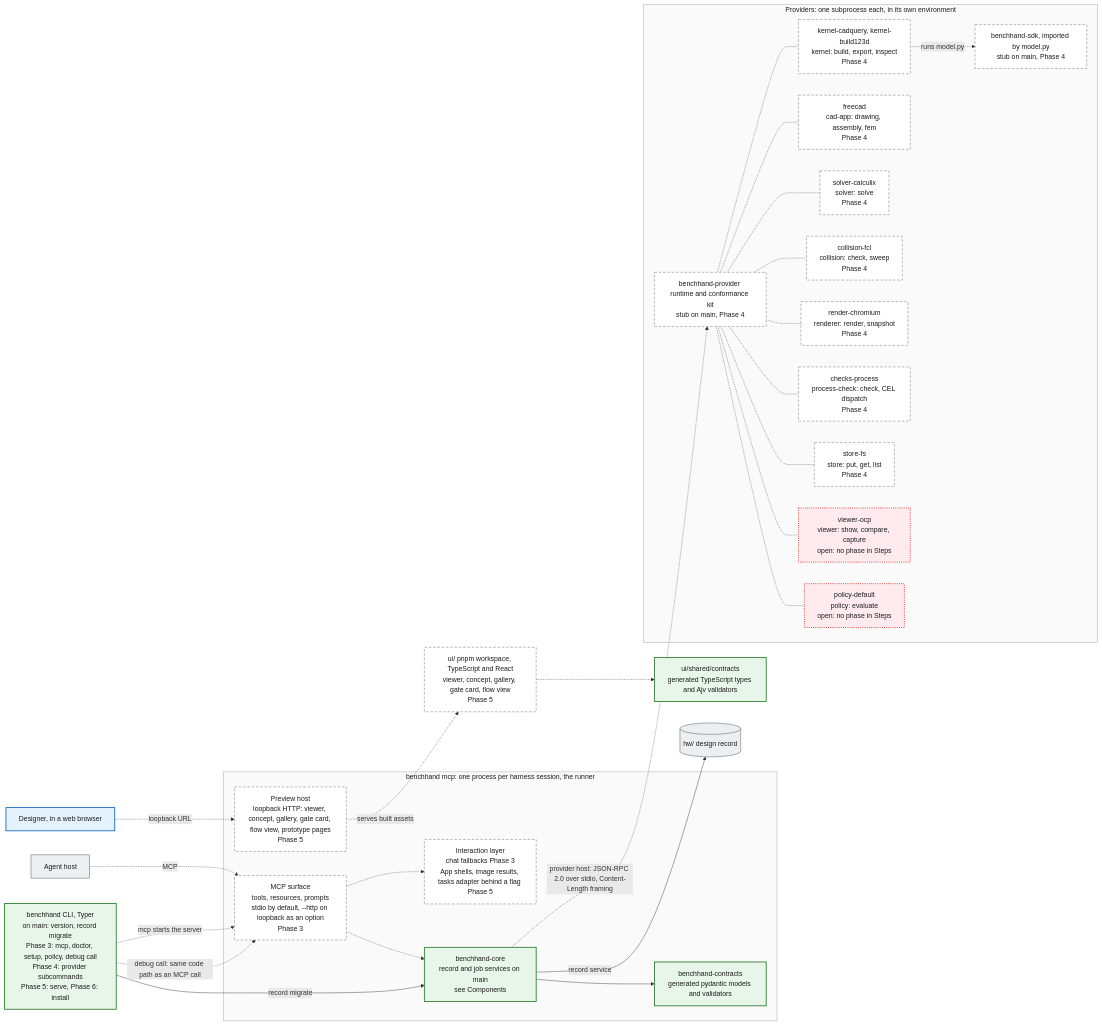
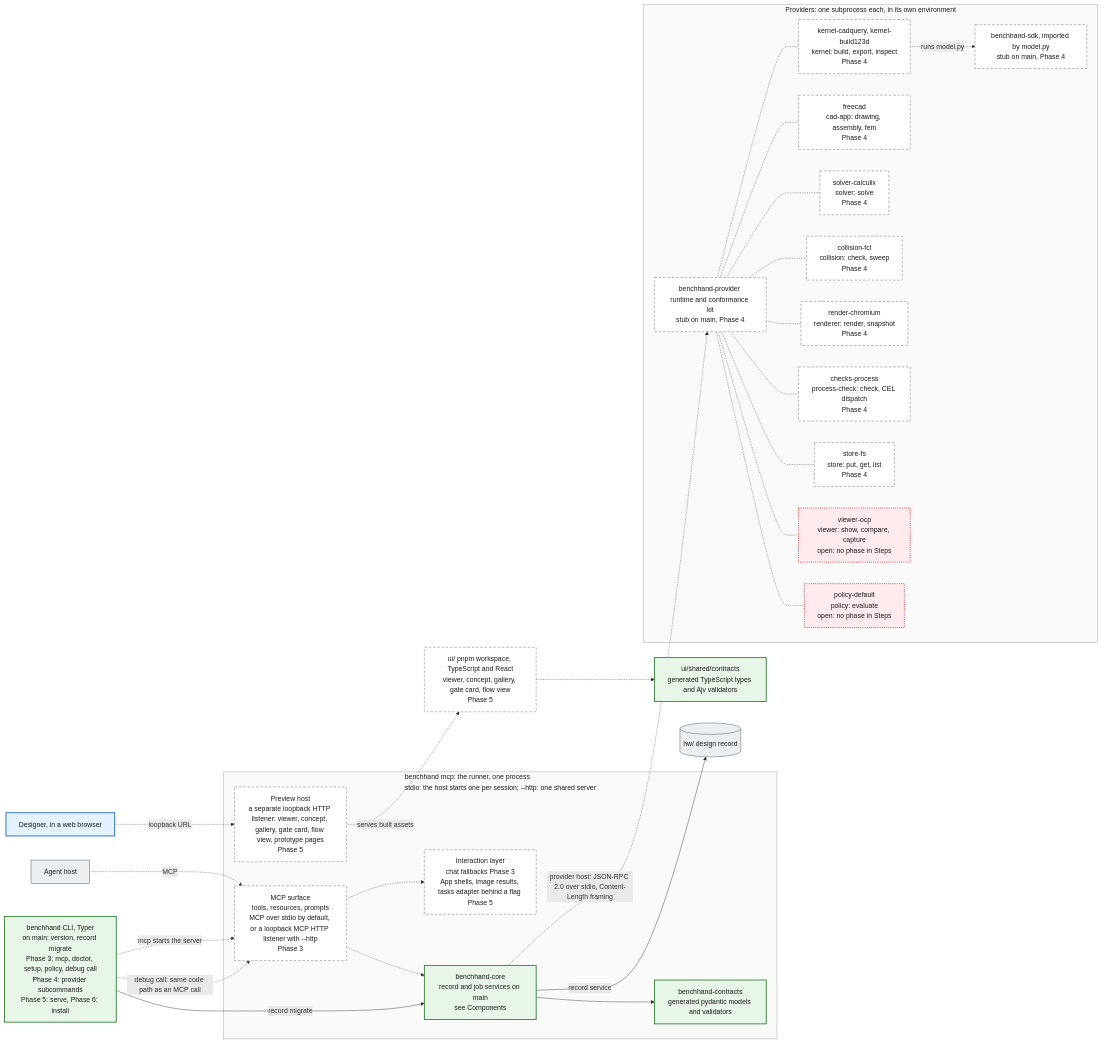
The first of 3 diagrams in docs/architecture/containers.md (benchhand/benchhand-next), drawn with Mermaid before and after one commit. The commit also changed other lines of this file and 5 other files, not shown here.

Commit message:
docs(architecture): draw only what main and the sources show: launch and PyPI planned, the lifecycle per transport, CEL on transitions, the job, evidence and migrate branches, the auto gate mode and the L2 join

````diff
--- a/docs/architecture/containers.md
+++ b/docs/architecture/containers.md
@@ -8,58 +8,58 @@
 ```mermaid
 flowchart LR
   host["Agent host"]:::ext
   person["Designer, in a web browser"]:::person
 
-  subgraph process["benchhand mcp: one process per harness session, the runner"]
-    surface["MCP surface<br/>tools, resources, prompts<br/>stdio by default, --http on loopback as an option<br/>Phase 3"]:::planned
+  subgraph process["benchhand mcp: the runner, one process<br/>stdio: the host starts one per session; --http: one shared server"]
+    surface["MCP surface<br/>tools, resources, prompts<br/>MCP over stdio by default, or a loopback MCP HTTP listener with --http<br/>Phase 3"]:::planned
     interaction["Interaction layer<br/>chat fallbacks Phase 3<br/>App shells, image results, tasks adapter behind a flag Phase 5"]:::planned
-    preview["Preview host<br/>loopback HTTP: viewer, concept, gallery, gate card, flow view, prototype pages<br/>Phase 5"]:::planned
+    preview["Preview host<br/>a separate loopback HTTP listener: viewer, concept, gallery, gate card, flow view, prototype pages<br/>Phase 5"]:::planned
     core["benchhand-core<br/>record and job services on main<br/>see Components"]:::impl
     contractsPkg["benchhand-contracts<br/>generated pydantic models and validators"]:::impl
   end
 
   cli["benchhand CLI, Typer<br/>on main: version, record migrate<br/>Phase 3: mcp, doctor, setup, policy, debug call<br/>Phase 4: provider subcommands<br/>Phase 5: serve, Phase 6: install"]:::impl
 
   subgraph providers["Providers: one subprocess each, in its own environment"]
     providerRuntime["benchhand-provider runtime and conformance kit<br/>stub on main, Phase 4"]:::planned
     kernels["kernel-cadquery, kernel-build123d<br/>kernel: build, export, inspect<br/>Phase 4"]:::planned
     sdk["benchhand-sdk, imported by model.py<br/>stub on main, Phase 4"]:::planned
     freecadProvider["freecad<br/>cad-app: drawing, assembly, fem<br/>Phase 4"]:::planned
     solver["solver-calculix<br/>solver: solve<br/>Phase 4"]:::planned
     collision["collision-fcl<br/>collision: check, sweep<br/>Phase 4"]:::planned
     renderer["render-chromium<br/>renderer: render, snapshot<br/>Phase 4"]:::planned
     checks["checks-process<br/>process-check: check, CEL dispatch<br/>Phase 4"]:::planned
     store["store-fs<br/>store: put, get, list<br/>Phase 4"]:::planned
     viewer["viewer-ocp<br/>viewer: show, compare, capture<br/>open: no phase in Steps"]:::open
     policy["policy-default<br/>policy: evaluate<br/>open: no phase in Steps"]:::open
   end
 
   ui["ui/ pnpm workspace, TypeScript and React<br/>viewer, concept, gallery, gate card, flow view<br/>Phase 5"]:::planned
   uiShared["ui/shared/contracts<br/>generated TypeScript types and Ajv validators"]:::impl
   hw[("hw/ design record")]:::ext
 
   host -.->|"MCP"| surface
   surface -.-> interaction
   surface -.-> core
   person -.->|"loopback URL"| preview
   preview -.->|"serves built assets"| ui
   ui -.-> uiShared
   cli -.->|"mcp starts the server"| surface
   cli -.->|"debug call: same code path as an MCP call"| surface
   cli -->|"record migrate"| core
   core --> contractsPkg
   core -->|"record service"| hw
   core -.->|"provider host: JSON-RPC 2.0 over stdio, Content-Length framing"| providerRuntime
   providerRuntime -.- kernels & freecadProvider & solver & collision & renderer & checks & store & viewer & policy
   kernels -.->|"runs model.py"| sdk
 
   style process fill:#fafafa,stroke:#9e9e9e,color:#1b1b1b
   style providers fill:#fafafa,stroke:#9e9e9e,color:#1b1b1b
 
   classDef impl fill:#e8f5e9,stroke:#2e7d32,stroke-width:2px,color:#1b1b1b
   classDef review fill:#fff3e0,stroke:#e65100,stroke-width:2px,stroke-dasharray:6 4,color:#1b1b1b
   classDef planned fill:#ffffff,stroke:#616161,stroke-width:1px,stroke-dasharray:6 4,color:#1b1b1b
   classDef open fill:#ffebee,stroke:#c62828,stroke-width:2px,stroke-dasharray:2 3,color:#1b1b1b
   classDef ext fill:#eceff1,stroke:#37474f,stroke-width:1px,color:#1b1b1b
   classDef person fill:#e3f2fd,stroke:#1565c0,stroke-width:2px,color:#1b1b1b
 ```
````
